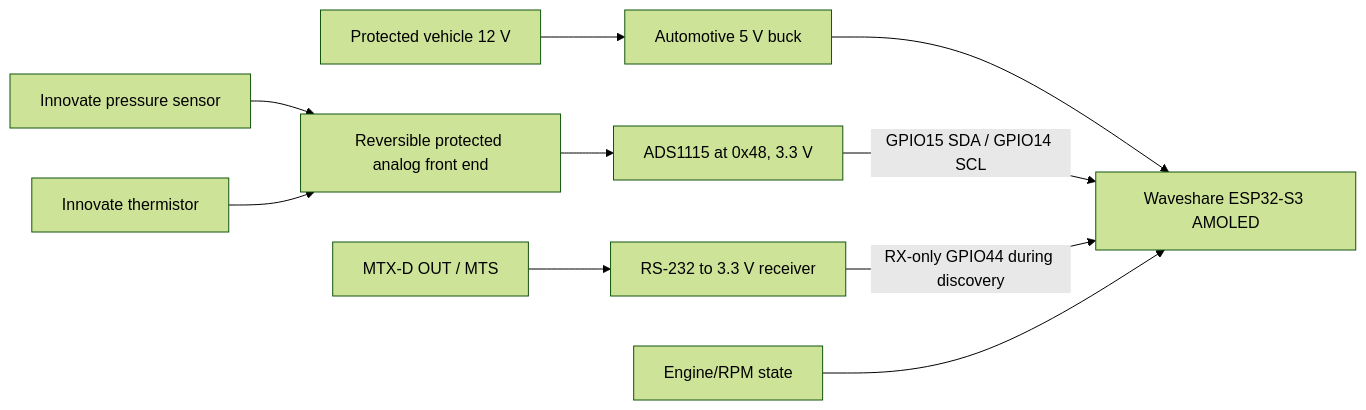
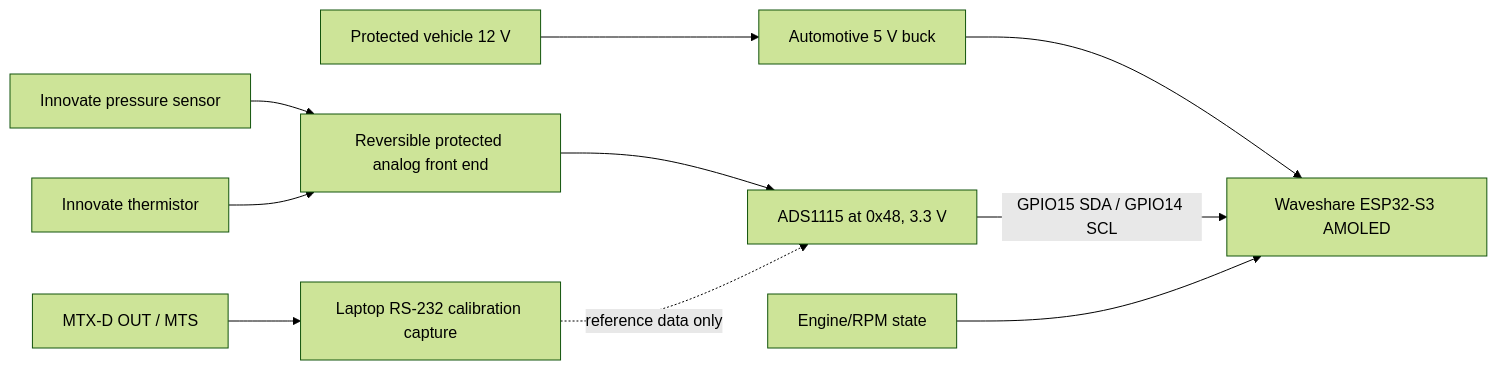
Before and after one commit to kytos22/esp32-s3-civic-oil-gauge: the diagram in docs/03-technical-plan.md, drawn with Mermaid (forest theme). The commit also changed other lines of this file and 11 other files, not shown here.

````diff
--- a/docs/03-technical-plan.md
+++ b/docs/03-technical-plan.md
@@ -37,12 +37,12 @@
 ```mermaid
 flowchart LR
   P["Protected vehicle 12 V"] --> B["Automotive 5 V buck"]
   B --> W["Waveshare ESP32-S3 AMOLED"]
   S1["Innovate pressure sensor"] --> AF["Reversible protected analog front end"]
   S2["Innovate thermistor"] --> AF
   AF --> A["ADS1115 at 0x48, 3.3 V"]
   A -->|GPIO15 SDA / GPIO14 SCL| W
-  M["MTX-D OUT / MTS"] --> R["RS-232 to 3.3 V receiver"]
-  R -->|RX-only GPIO44 during discovery| W
+  M["MTX-D OUT / MTS"] --> R["Laptop RS-232 calibration capture"]
+  R -.->|reference data only| A
   C["Engine/RPM state"] --> W
 ```
````
